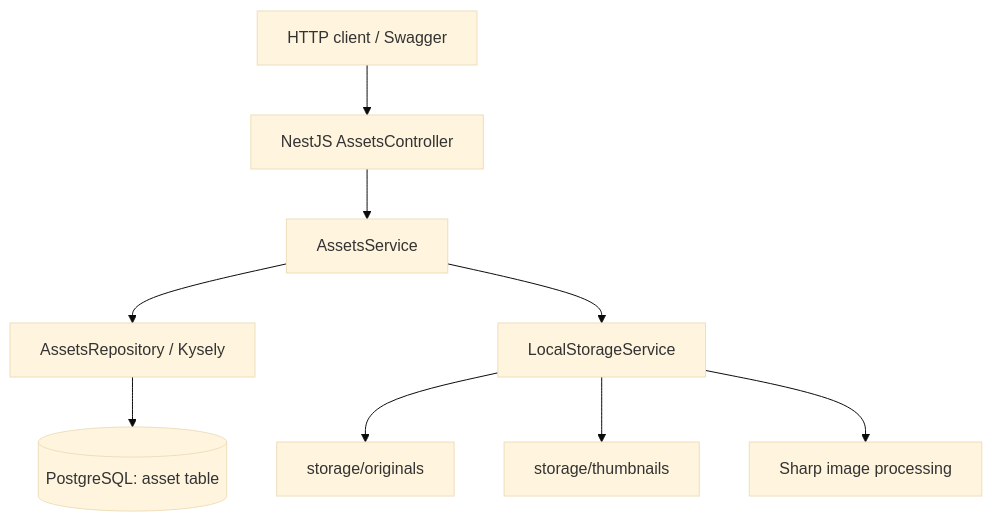
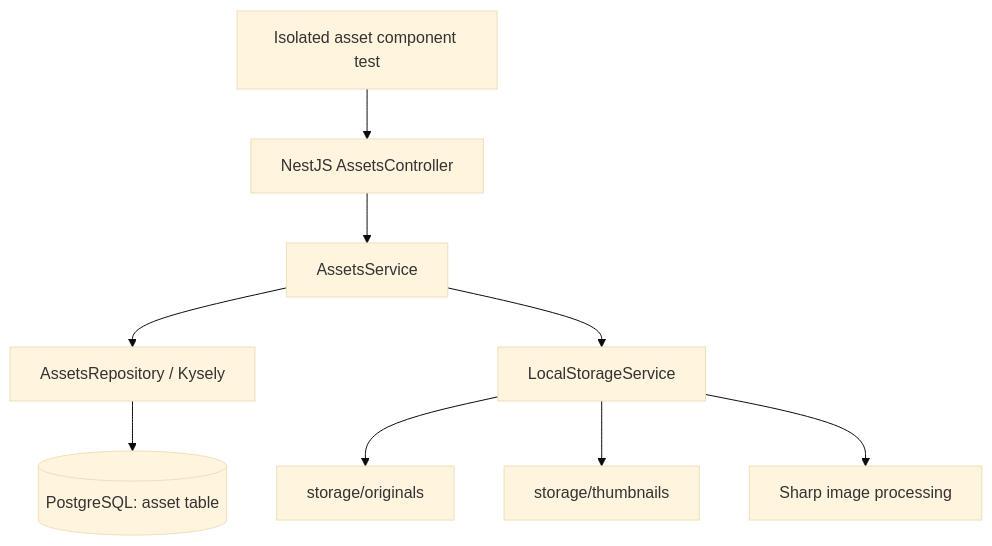
One commit to saefr-app/saefr-photos changed the diagram in docs/architecture.md. Above: the diagram before and after it, drawn with Mermaid (base theme). The commit also changed other lines of this file and 33 other files, not shown here.

````diff
--- a/docs/architecture.md
+++ b/docs/architecture.md
@@ -16,11 +26,11 @@
 ```mermaid
 flowchart TD
-  Client[HTTP client / Swagger] --> Controller[NestJS AssetsController]
+  Client[Isolated asset component test] --> Controller[NestJS AssetsController]
   Controller --> Service[AssetsService]
   Service --> Repo[AssetsRepository / Kysely]
   Repo --> DB[(PostgreSQL: asset table)]
   Service --> Storage[LocalStorageService]
   Storage --> Originals[storage/originals]
   Storage --> Thumbs[storage/thumbnails]
   Storage --> Sharp[Sharp image processing]
 ```
````
